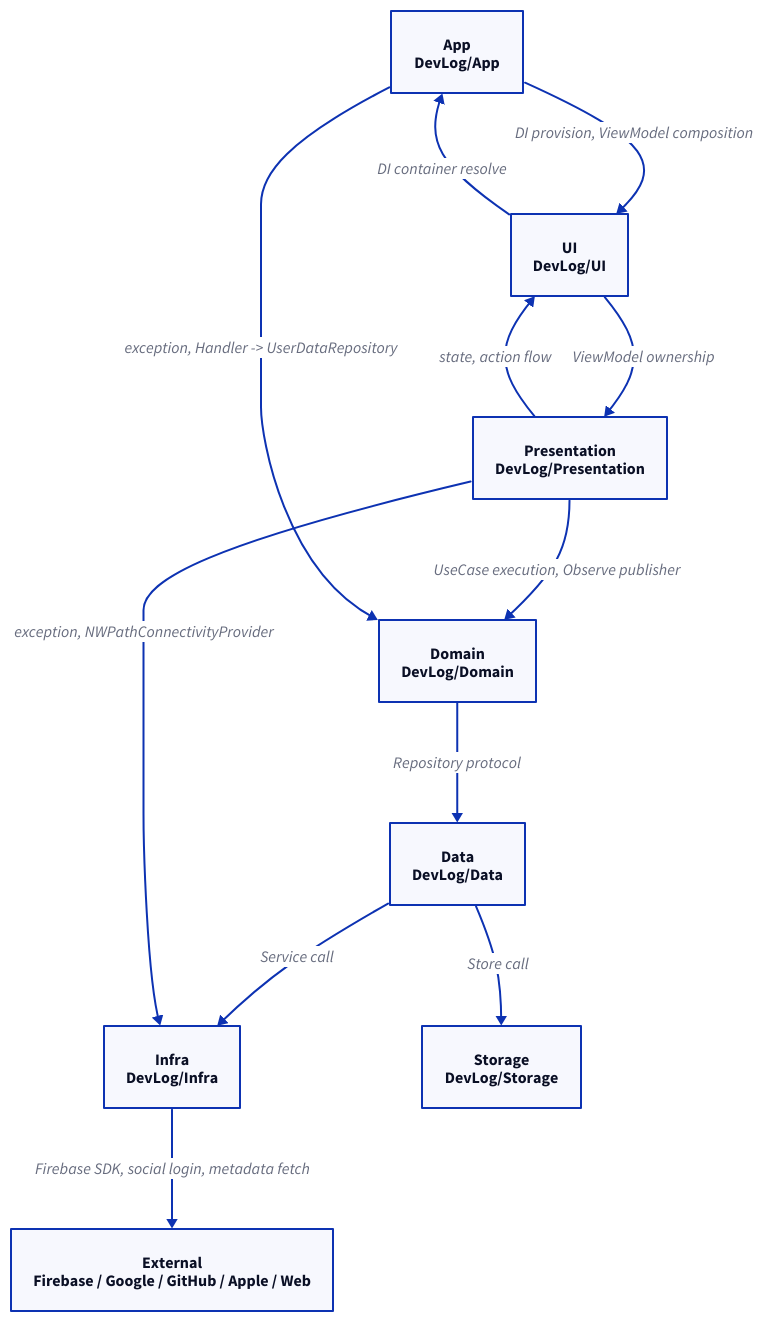
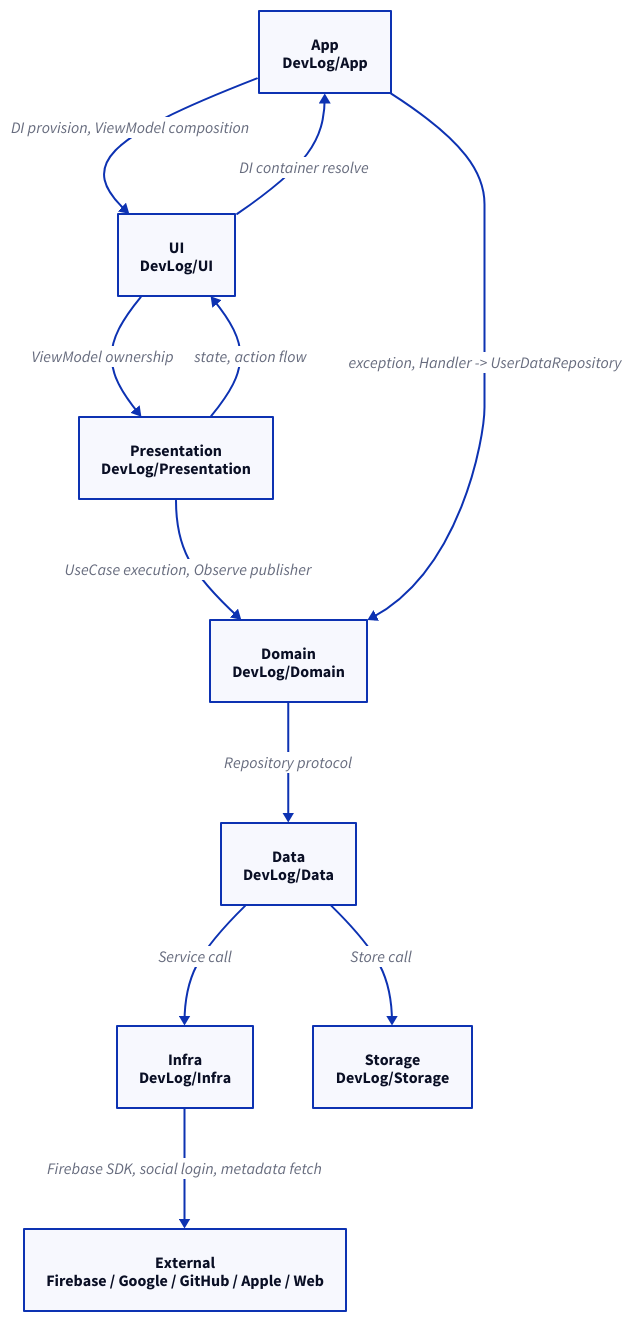
One commit to opficdev/DevLog_iOS changed the diagram in docs/architecture.d2. Above: the diagram before and after it, drawn with D2. The commit also changed 10 other files, not shown here.

Commit message:
refactor: presentation -> infra 방향 예외 개선

```diff
--- a/docs/architecture.d2
+++ b/docs/architecture.d2
@@ -1,30 +1,29 @@
 direction: down
 
 style: {
   fill: transparent
 }
 
 app: "App\nDevLog/App"
 ui: "UI\nDevLog/UI"
 presentation: "Presentation\nDevLog/Presentation"
 domain: "Domain\nDevLog/Domain"
 data: "Data\nDevLog/Data"
 infra: "Infra\nDevLog/Infra"
 storage: "Storage\nDevLog/Storage"
 external: "External\nFirebase / Google / GitHub / Apple / Web"
 
 app -> ui: "DI provision, ViewModel composition"
 ui -> app: "DI container resolve"
 
 ui -> presentation: "ViewModel ownership"
 presentation -> ui: "state, action flow"
 
 presentation -> domain: "UseCase execution, Observe publisher"
 domain -> data: "Repository protocol"
 data -> infra: "Service call"
 data -> storage: "Store call"
 
 infra -> external: "Firebase SDK, social login, metadata fetch"
 
 app -> domain: "exception, Handler -> UserDataRepository"
-presentation -> infra: "exception, NWPathConnectivityProvider"
```
